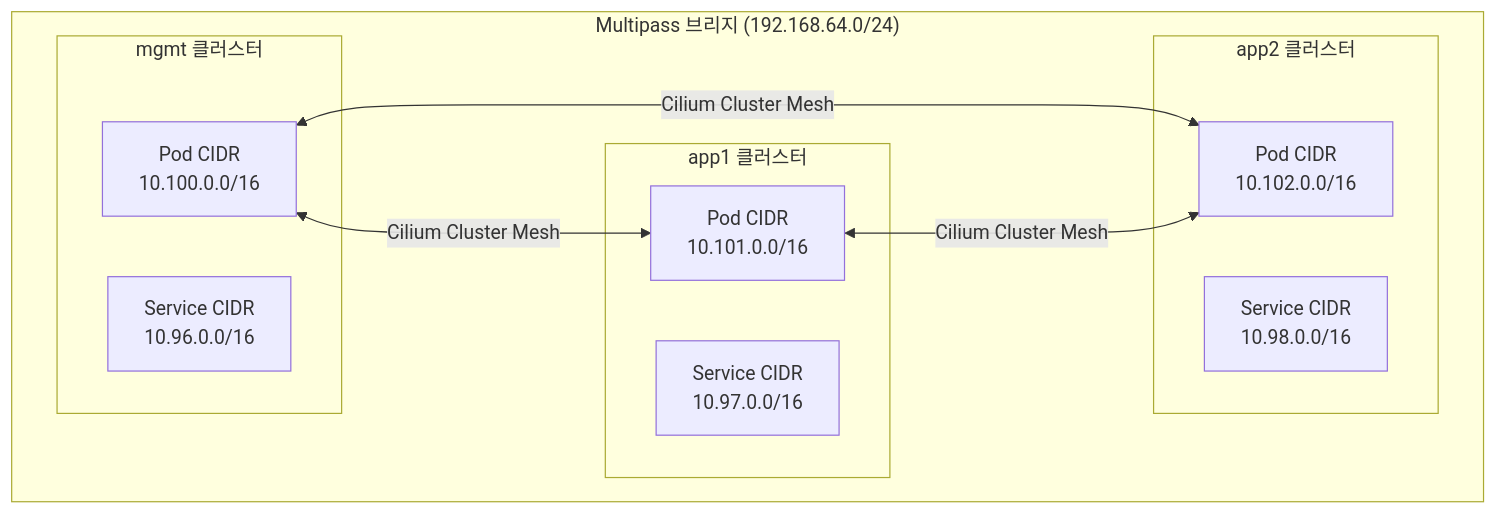
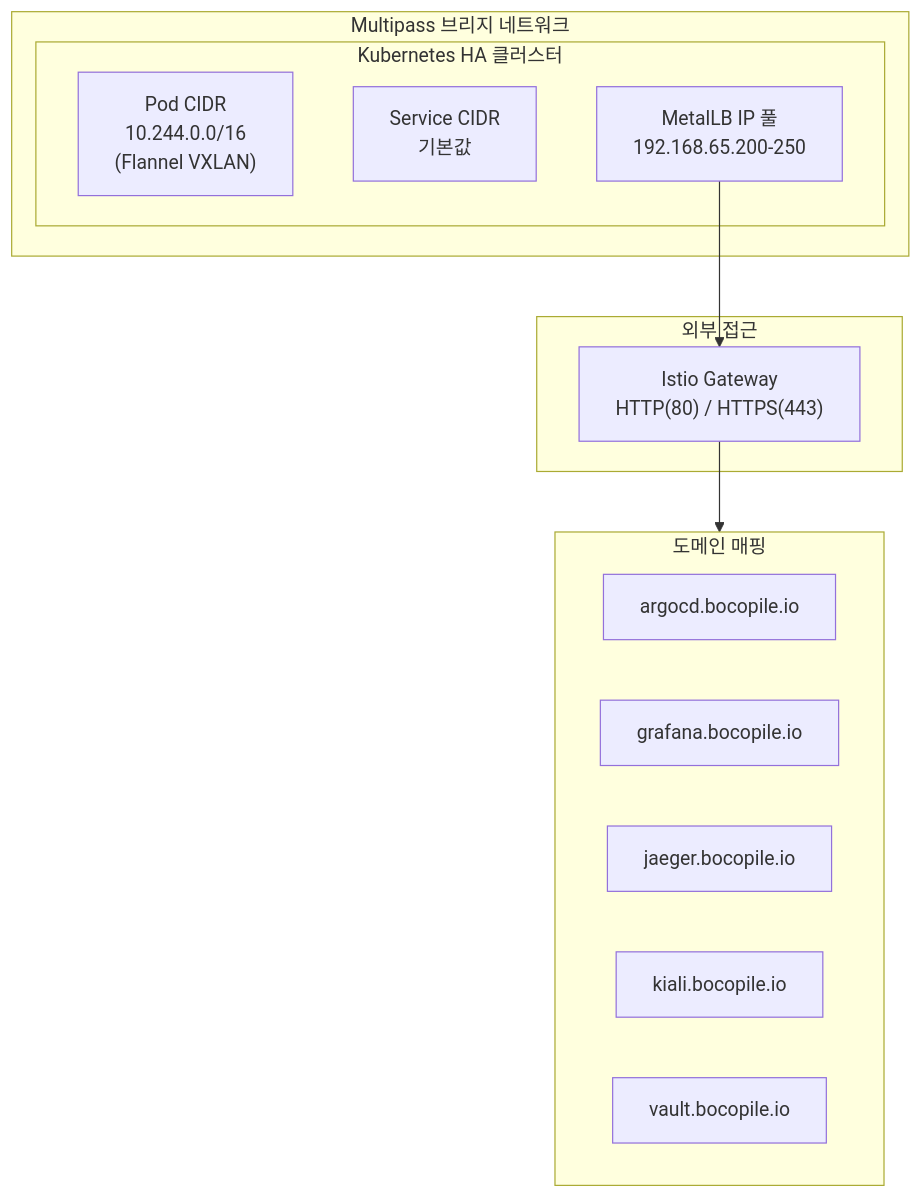
Before and after one commit to bocopile/mac-k8s-multipass-terraform: the third of 5 diagrams in document/on-premise/ARCHITECTURE.md, drawn with Mermaid. The commit also changed other lines of this file and 3 other files, not shown here.

````diff
--- a/document/on-premise/ARCHITECTURE.md
+++ b/document/on-premise/ARCHITECTURE.md
@@ -269,23 +262,25 @@
 ```mermaid
 flowchart TB
-    subgraph Bridge["Multipass 브리지 (192.168.64.0/24)"]
-        subgraph mgmt["mgmt 클러스터"]
-            mgmt-pod["Pod CIDR<br/>10.100.0.0/16"]
-            mgmt-svc["Service CIDR<br/>10.96.0.0/16"]
-        end
-
-        subgraph app1["app1 클러스터"]
-            app1-pod["Pod CIDR<br/>10.101.0.0/16"]
-            app1-svc["Service CIDR<br/>10.97.0.0/16"]
-        end
-
-        subgraph app2["app2 클러스터"]
-            app2-pod["Pod CIDR<br/>10.102.0.0/16"]
-            app2-svc["Service CIDR<br/>10.98.0.0/16"]
+    subgraph Bridge["Multipass 브리지 네트워크"]
+        subgraph Cluster["Kubernetes HA 클러스터"]
+            PodCIDR["Pod CIDR<br/>10.244.0.0/16<br/>(Flannel VXLAN)"]
+            SvcCIDR["Service CIDR<br/>기본값"]
+            MetalLBPool["MetalLB IP 풀<br/>192.168.65.200-250"]
         end
     end
 
-    mgmt-pod <-->|"Cilium Cluster Mesh"| app1-pod
-    mgmt-pod <-->|"Cilium Cluster Mesh"| app2-pod
-    app1-pod <-->|"Cilium Cluster Mesh"| app2-pod
+    subgraph Ingress["외부 접근"]
+        IstioGW["Istio Gateway<br/>HTTP(80) / HTTPS(443)"]
+    end
+
+    subgraph DNS["도메인 매핑"]
+        D1["argocd.bocopile.io"]
+        D2["grafana.bocopile.io"]
+        D3["jaeger.bocopile.io"]
+        D4["kiali.bocopile.io"]
+        D5["vault.bocopile.io"]
+    end
+
+    MetalLBPool --> IstioGW
+    IstioGW --> DNS
 ```
````
